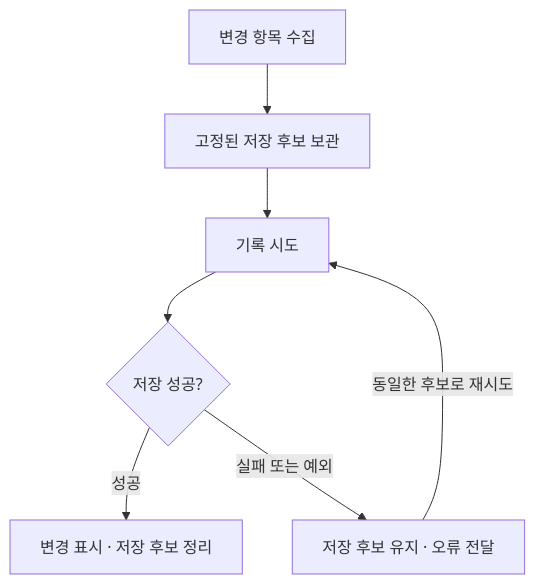
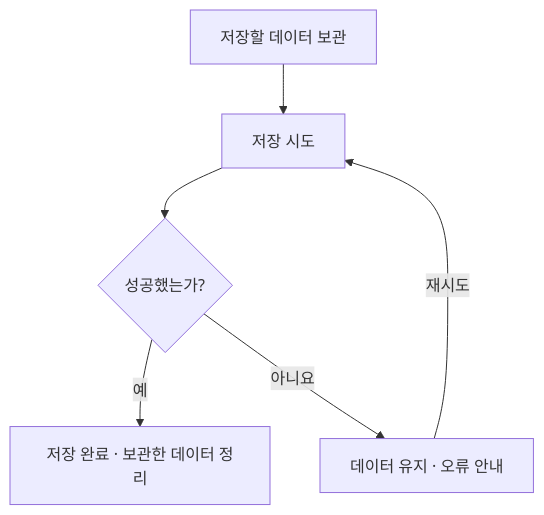
One commit to limrum09/GroupATeamProject-Portfolio changed the second of 2 diagrams in README.md. Above: the diagram before and after it, drawn with Mermaid. The commit also changed other lines of this file, not shown here.

````diff
--- a/README.md
+++ b/README.md
@@ -177,9 +91,8 @@
 ```mermaid
 flowchart TD
-    Changes["변경 항목 수집"] --> Pending["고정된 저장 후보 보관"]
-    Pending --> Write["기록 시도"]
-    Write --> Result{"저장 성공?"}
-    Result -->|성공| Clear["변경 표시 · 저장 후보 정리"]
-    Result -->|실패 또는 예외| Keep["저장 후보 유지 · 오류 전달"]
-    Keep -->|동일한 후보로 재시도| Write
+    A["저장할 데이터 보관"] --> B["저장 시도"]
+    B --> C{"성공했는가?"}
+    C -->|예| D["저장 완료 · 보관한 데이터 정리"]
+    C -->|아니요| E["데이터 유지 · 오류 안내"]
+    E -->|재시도| B
 ```
````
